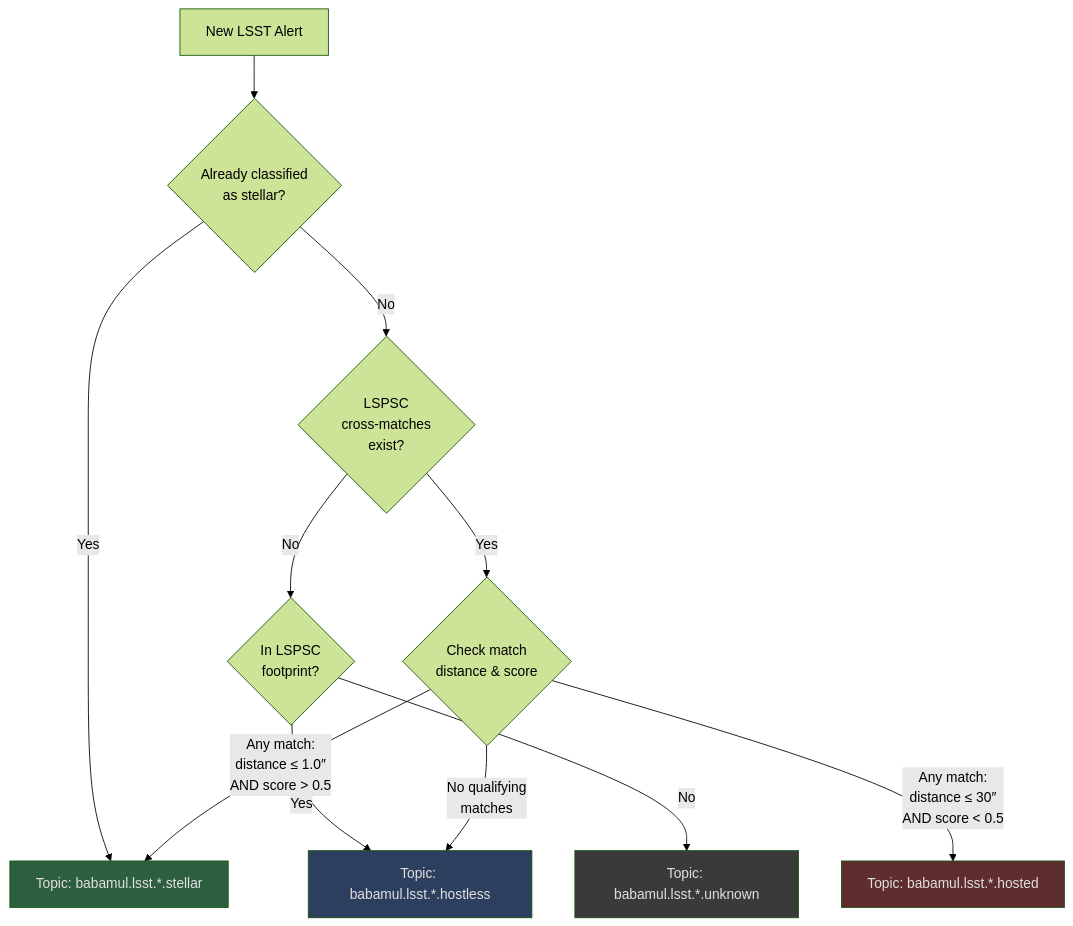
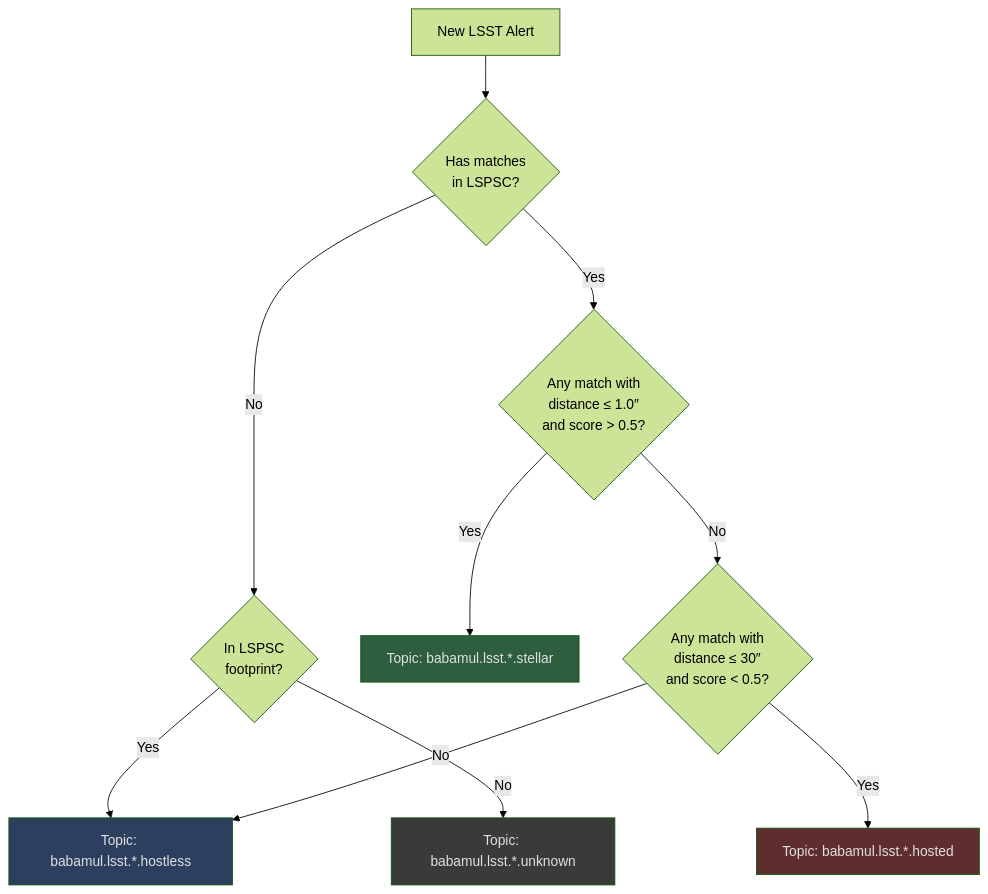
One commit to boom-astro/boom changed the second of 2 diagrams in docs/babamul.md. Above: the diagram before and after it, drawn with Mermaid (forest theme).

Commit message:
Rework archival LSST cross-matching

````diff
--- a/docs/babamul.md
+++ b/docs/babamul.md
@@ -135,21 +135,19 @@
 ```mermaid
 flowchart TD
-    Alert[New LSST Alert] --> CheckStar{Already classified<br/>as stellar?}
-    CheckStar -->|Yes| StellarTopic[Topic: babamul.lsst.*.stellar]
-    CheckStar -->|No| CheckLSPSC{LSPSC<br/>cross-matches<br/>exist?}
+    Alert[New LSST Alert] --> CheckLSPSC{Has matches<br/>in LSPSC?}
 
     CheckLSPSC -->|No| CheckFootprint{In LSPSC<br/>footprint?}
     CheckFootprint -->|Yes| HostlessTopic[Topic: babamul.lsst.*.hostless]
     CheckFootprint -->|No| UnknownTopic[Topic: babamul.lsst.*.unknown]
 
-    CheckLSPSC -->|Yes| EvalMatches{Check match<br/>distance & score}
-
-    EvalMatches -->|Any match:<br/>distance ≤ 1.0″<br/>AND score > 0.5| StellarTopic
-    EvalMatches -->|Any match:<br/>distance ≤ 30″<br/>AND score < 0.5| HostedTopic[Topic: babamul.lsst.*.hosted]
-    EvalMatches -->|No qualifying<br/>matches| HostlessTopic
+    CheckLSPSC -->|Yes| CheckStellar{Any match with<br/>distance ≤ 1.0″<br/>and score > 0.5?}
+    CheckStellar -->|Yes| StellarTopic[Topic: babamul.lsst.*.stellar]
+    CheckStellar -->|No| CheckHosted{Any match with<br/>distance ≤ 30″<br/>and score < 0.5?}
+    CheckHosted -->|Yes| HostedTopic[Topic: babamul.lsst.*.hosted]
+    CheckHosted -->|No| HostlessTopic
 
     style StellarTopic fill:#2d5f3f,color:#e0e0e0
     style HostedTopic fill:#5f2d2d,color:#e0e0e0
     style HostlessTopic fill:#2d3f5f,color:#e0e0e0
     style UnknownTopic fill:#3a3a3a,color:#e0e0e0
 ```
````
